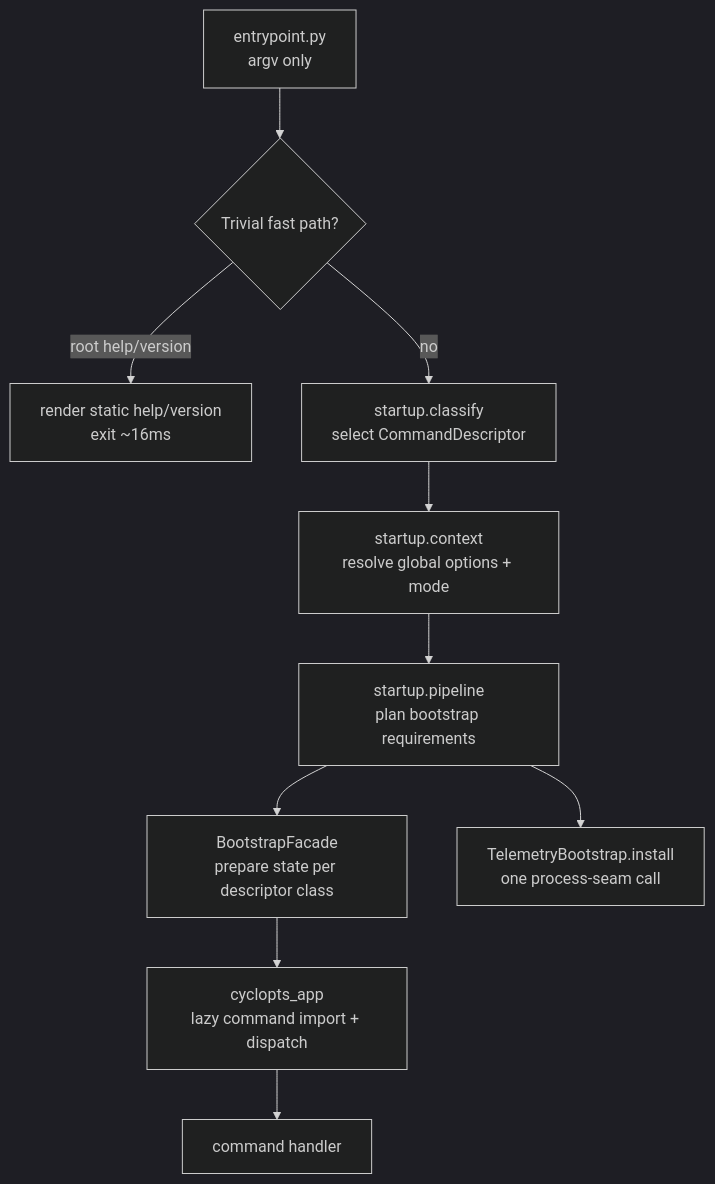
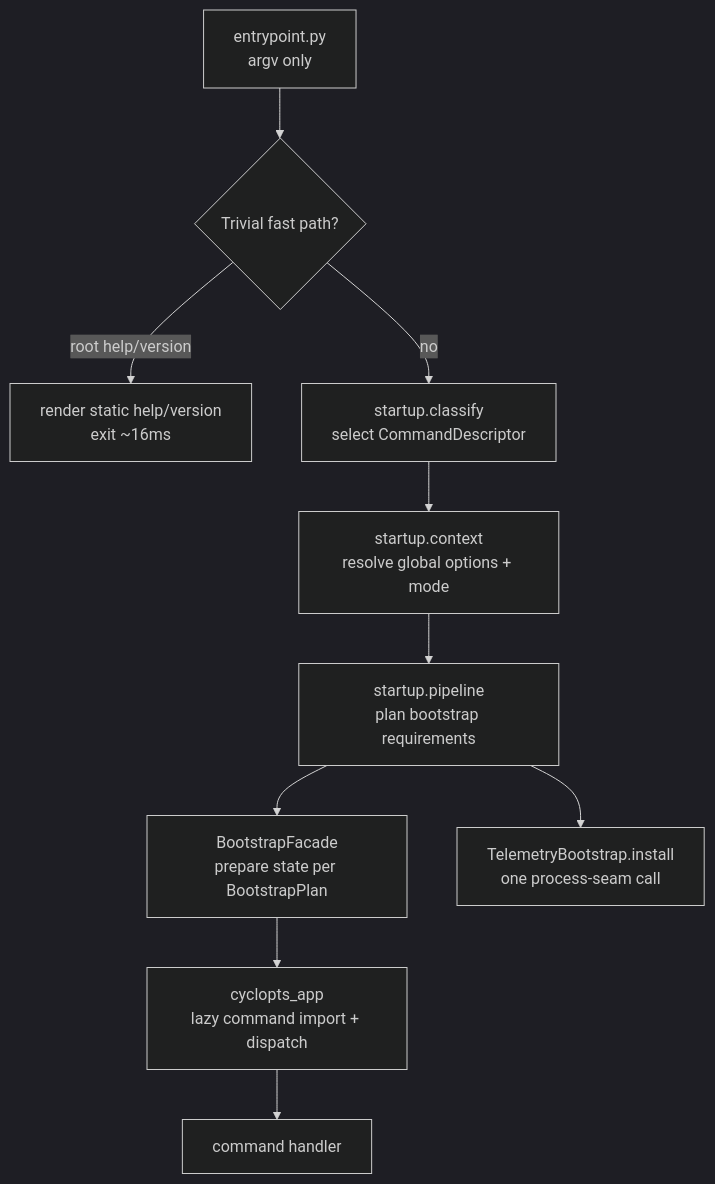
One commit to haowjy/meridian-cli-kb changed the diagram in kb/architecture/startup-pipeline.md. Above: the diagram before and after it, drawn with Mermaid (dark theme). The commit also changed other lines of this file, not shown here.

````diff
--- a/kb/architecture/startup-pipeline.md
+++ b/kb/architecture/startup-pipeline.md
@@ -24,12 +24,12 @@
 ```mermaid
 flowchart TD
     A[entrypoint.py\nargv only] --> B{Trivial fast path?}
     B -- root help/version --> C[render static help/version\nexit ~16ms]
     B -- no --> D[startup.classify\nselect CommandDescriptor]
     D --> E[startup.context\nresolve global options + mode]
     E --> F[startup.pipeline\nplan bootstrap requirements]
-    F --> G[BootstrapFacade\nprepare state per descriptor class]
+    F --> G[BootstrapFacade\nprepare state per BootstrapPlan]
     F --> H[TelemetryBootstrap.install\none process-seam call]
     G --> I[cyclopts_app\nlazy command import + dispatch]
     I --> J[command handler]
 ```
````
